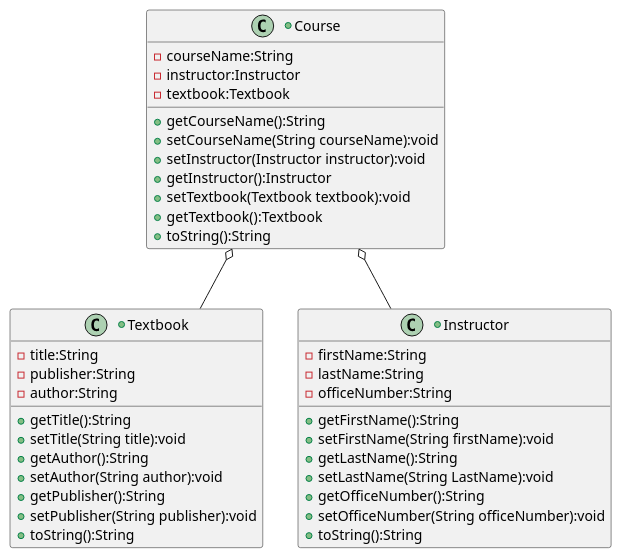
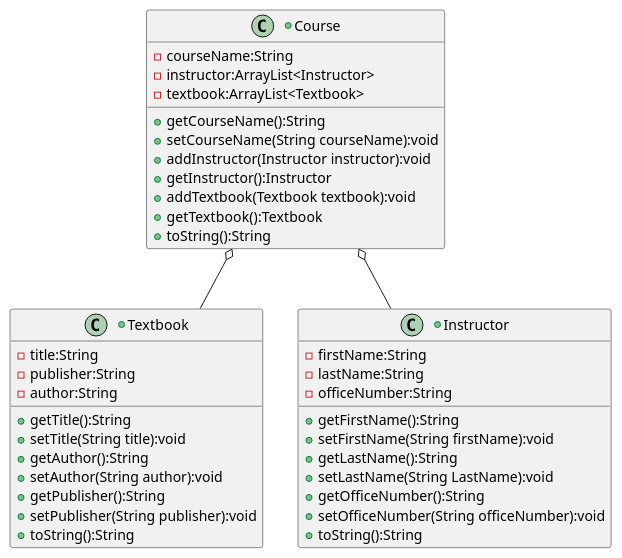
Before and after one commit to hsswanson/cs5800_hw4_pt4: the diagram in src/Instruction.puml, drawn with PlantUML.

Commit message:
made Instructor and Textbook array lists in PUML

```diff
--- a/src/Instruction.puml
+++ b/src/Instruction.puml
@@ -1,44 +1,44 @@
 @startuml
 'https://plantuml.com/class-diagram
 
 +Class Course{
 -courseName:String
--instructor:Instructor
--textbook:Textbook
+-instructor:ArrayList<Instructor>
+-textbook:ArrayList<Textbook>
 +getCourseName():String
 +setCourseName(String courseName):void
-+setInstructor(Instructor instructor):void
++addInstructor(Instructor instructor):void
 +getInstructor():Instructor
-+setTextbook(Textbook textbook):void
++addTextbook(Textbook textbook):void
 +getTextbook():Textbook
 +toString():String
 }
 +Class Textbook{
 -title:String
 -publisher:String
 -author:String
 +getTitle():String
 +setTitle(String title):void
 +getAuthor():String
 +setAuthor(String author):void
 +getPublisher():String
 +setPublisher(String publisher):void
 +toString():String
 }
 +Class Instructor{
 -firstName:String
 -lastName:String
 -officeNumber:String
 +getFirstName():String
 +setFirstName(String firstName):void
 +getLastName():String
 +setLastName(String LastName):void
 +getOfficeNumber():String
 +setOfficeNumber(String officeNumber):void
 +toString():String
 }
 
 Course o-- Textbook
 Course o-- Instructor
 
 @enduml
```
